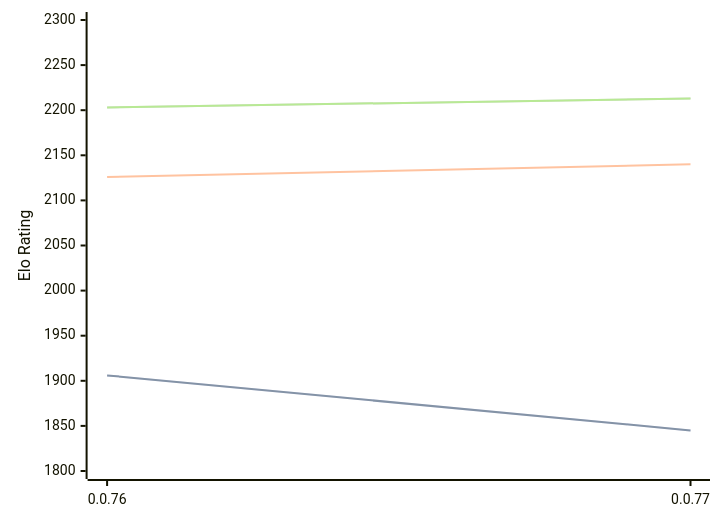
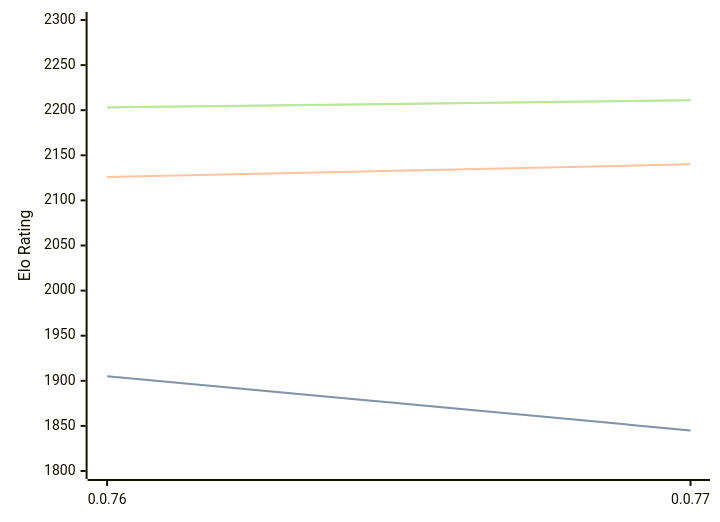
One commit to computer-chess-index/cci changed the third of 3 diagrams in engines/Fktb.md. Above: the diagram before and after it, drawn with Mermaid. The commit also changed other lines of this file, not shown here.

Commit message:
Update CCI Ratings (ELO VLTC) - 2026-06-30

````diff
--- a/engines/Fktb.md
+++ b/engines/Fktb.md
@@ -65,11 +65,11 @@
 ```mermaid
 %%{init: {"theme":"base","themeVariables":{"seriesColors:['#a3a3a3','#222221','#faa371']}}}%%
 xychart-beta
   x-axis ["0.0.76", "0.0.77"]
   y-axis "Elo Rating" 1800 --> 2300
-  line "STC (8.0+0.08s)" [1906, 1845]
-  line "STC (8.0+0.08s)" [1906, 1845]
+  line "STC (8.0+0.08s)" [1905, 1845]
+  line "STC (8.0+0.08s)" [1905, 1845]
   line "LTC (60.0+0.60s)" [2126, 2140]
-  line "VLTC (2m24s+1.12s)" [2203, 2213]
-  line "VLTC (2m24s+1.12s)" [2203, 2213]
+  line "VLTC (2m24s+1.12s)" [2203, 2211]
+  line "VLTC (2m24s+1.12s)" [2203, 2211]
 ```
````
